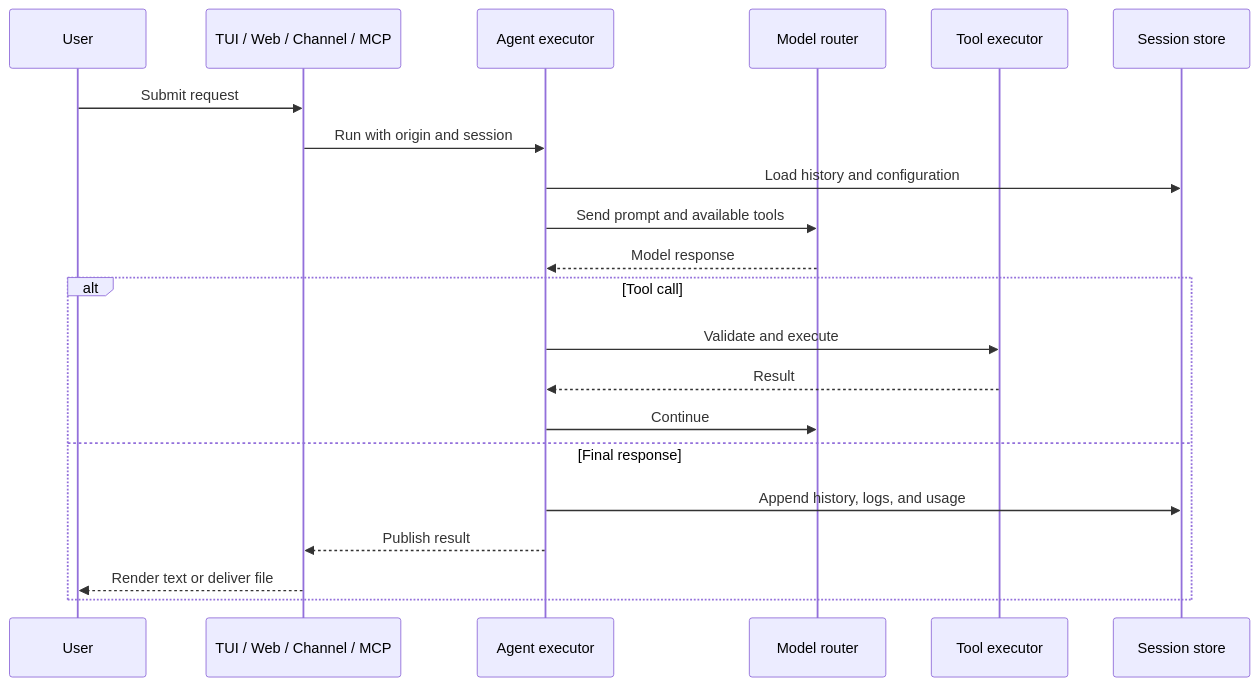
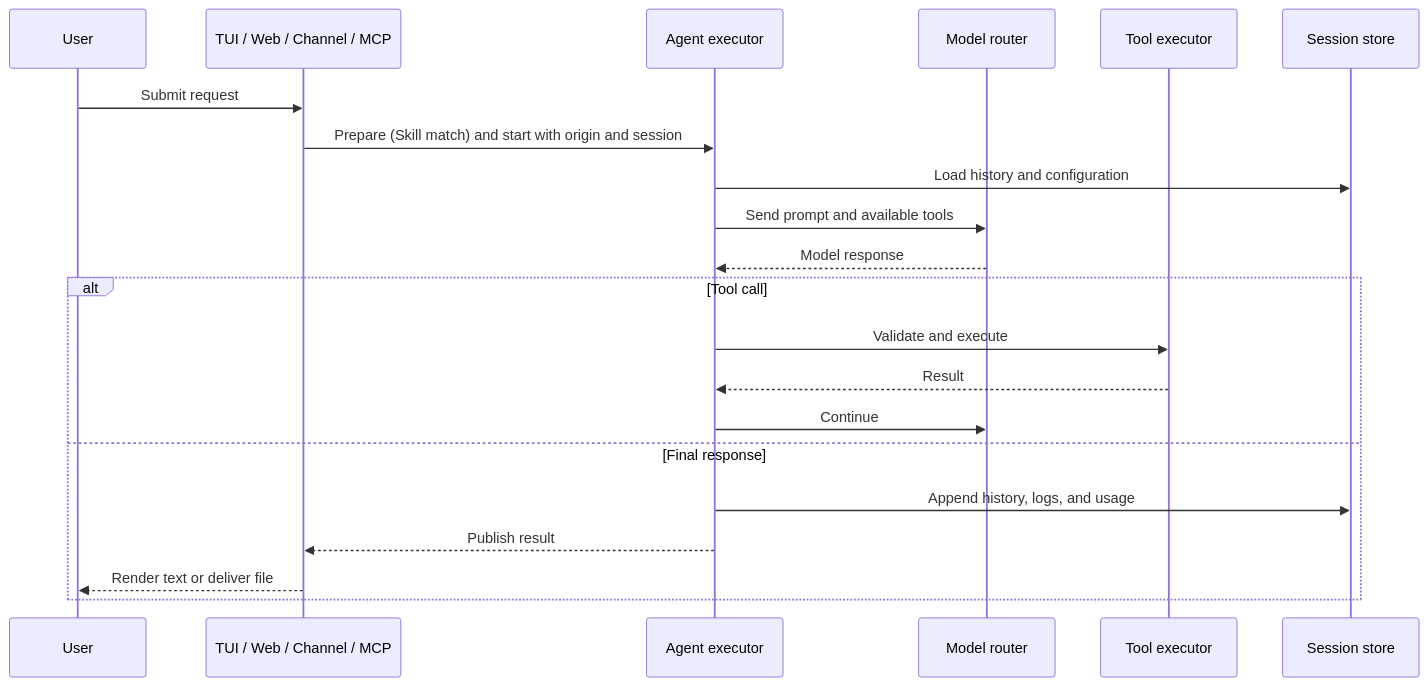
One commit to agenvoy/Agenvoy changed the eighth of 9 diagrams in doc/architecture.md. Above: the diagram before and after it, drawn with Mermaid. The commit also changed other lines of this file and 3 other files, not shown here.

Commit message:
doc: Update architecture and runtime configuration documentation

````diff
--- a/doc/architecture.md
+++ b/doc/architecture.md
@@ -142,24 +146,24 @@
 ```mermaid
 sequenceDiagram
     participant User
     participant Entry as TUI / Web / Channel / MCP
     participant Exec as Agent executor
     participant Router as Model router
     participant Tools as Tool executor
     participant Store as Session store
 
     User->>Entry: Submit request
-    Entry->>Exec: Run with origin and session
+    Entry->>Exec: Prepare (Skill match) and start with origin and session
     Exec->>Store: Load history and configuration
     Exec->>Router: Send prompt and available tools
     Router-->>Exec: Model response
     alt Tool call
         Exec->>Tools: Validate and execute
         Tools-->>Exec: Result
         Exec->>Router: Continue
     else Final response
         Exec->>Store: Append history, logs, and usage
         Exec-->>Entry: Publish result
         Entry-->>User: Render text or deliver file
     end
 ```
````
